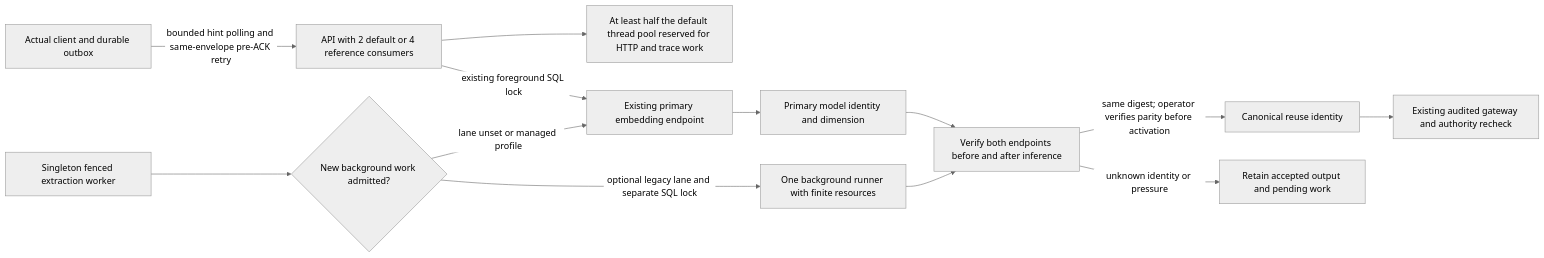
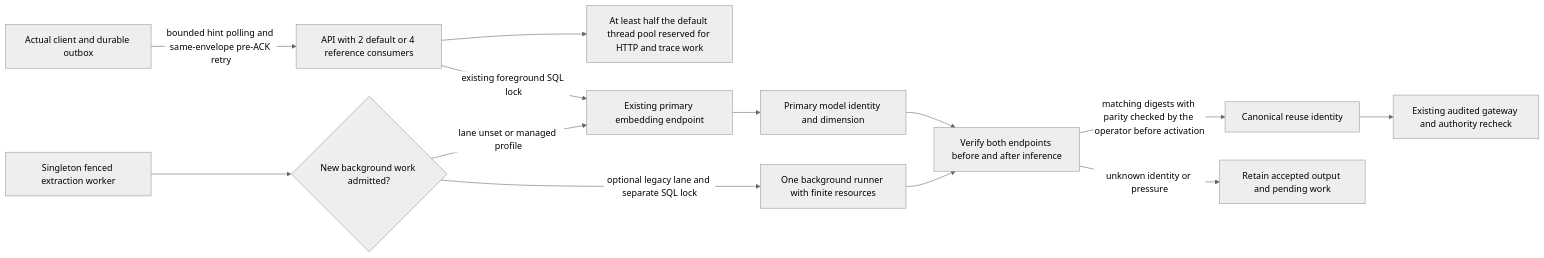
The diagram in docs/uml/model-admission-92-a2.md (phense/agentic-rag), drawn with Mermaid (neutral theme) before and after one commit. The commit also changed 1 other file, not shown here.

Commit message:
docs(operations): match observed quota output and clarify parity boundary

````diff
--- a/docs/uml/model-admission-92-a2.md
+++ b/docs/uml/model-admission-92-a2.md
@@ -10,15 +10,15 @@
 ```mermaid
 flowchart LR
     Client[Actual client and durable outbox] -->|bounded hint polling and same-envelope pre-ACK retry| API[API with 2 default or 4 reference consumers]
     API --> Reserve[At least half the default thread pool reserved for HTTP and trace work]
     API -->|existing foreground SQL lock| Primary[Existing primary embedding endpoint]
     Worker[Singleton fenced extraction worker] --> Gate{New background work admitted?}
     Gate -->|lane unset or managed profile| Primary
     Gate -->|optional legacy lane and separate SQL lock| Background[One background runner with finite resources]
     Primary --> Identity[Primary model identity and dimension]
     Background --> Verify[Verify both endpoints before and after inference]
     Identity --> Verify
-    Verify -->|same digest; operator verifies parity before activation| Cache[Canonical reuse identity]
+    Verify -->|matching digests with parity checked by the operator before activation| Cache[Canonical reuse identity]
     Verify -->|unknown identity or pressure| Pending[Retain accepted output and pending work]
     Cache --> Gateway[Existing audited gateway and authority recheck]
 ```
````
